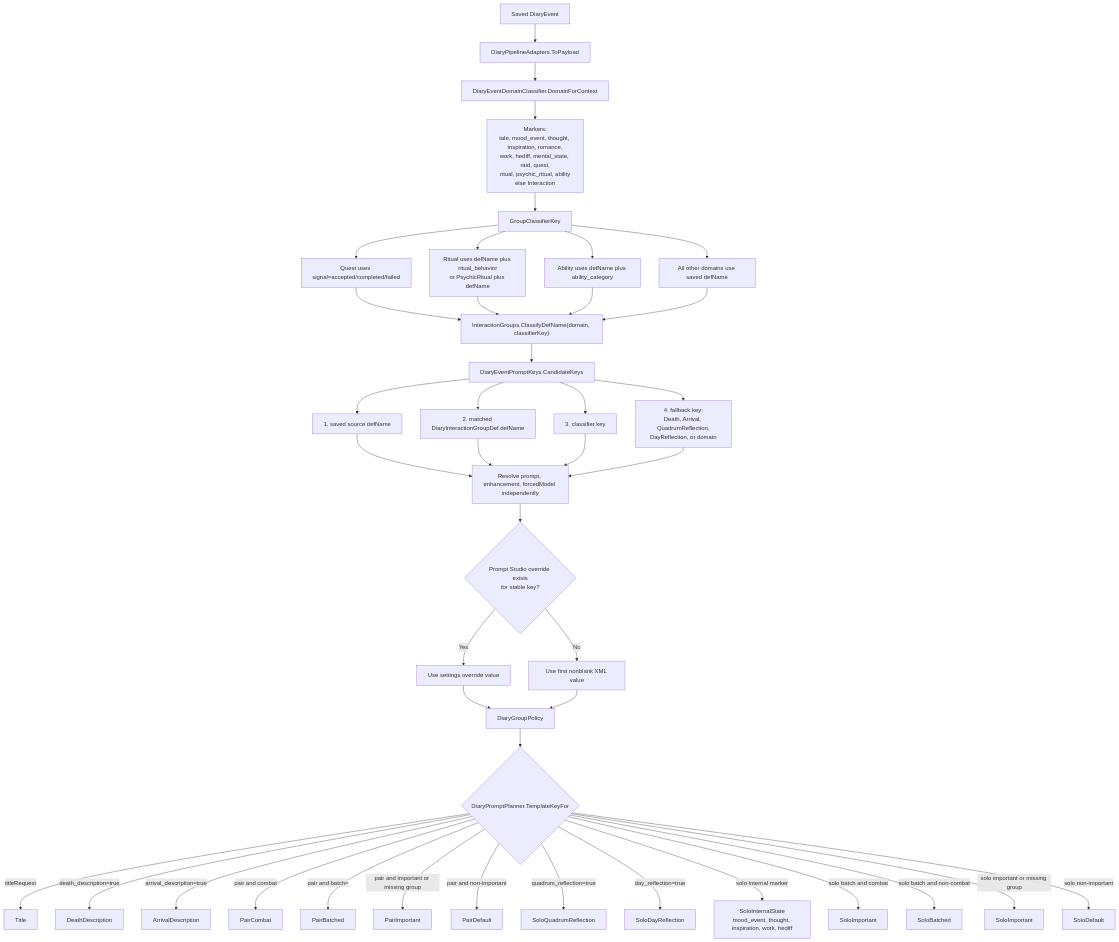
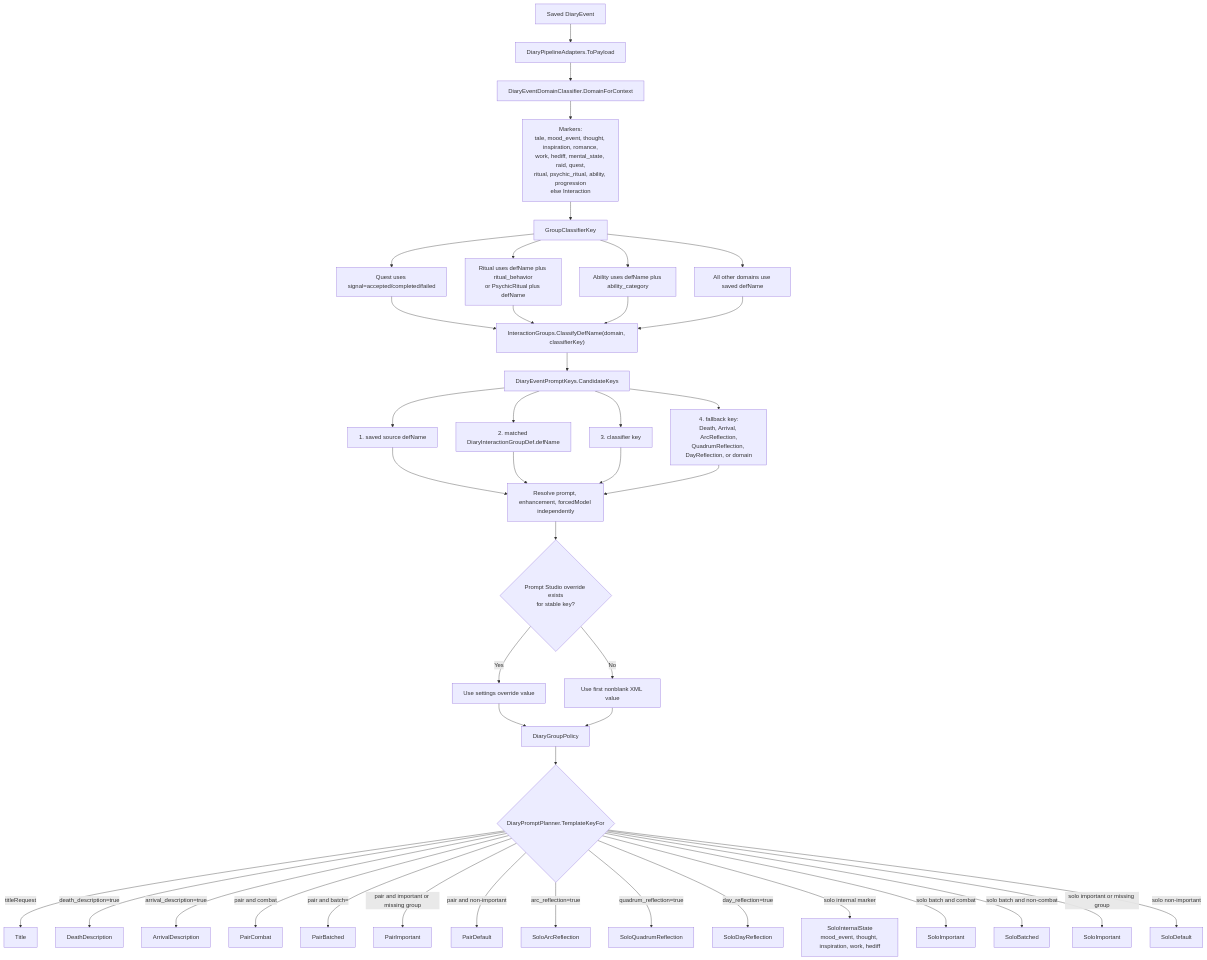
Before and after one commit to aimmlegate/PawnDiary: the second of 6 diagrams in EVENT_PROMPT_MAP.md, drawn with Mermaid. The commit also changed other lines of this file and 43 other files, not shown here.

````diff
--- a/EVENT_PROMPT_MAP.md
+++ b/EVENT_PROMPT_MAP.md
@@ -143,47 +147,48 @@
 ```mermaid
 flowchart TD
     Event["Saved DiaryEvent"] --> Payload["DiaryPipelineAdapters.ToPayload"]
     Payload --> Domain["DiaryEventDomainClassifier.DomainForContext"]
-    Domain --> Markers["Markers:<br/>tale, mood_event, thought, inspiration, romance,<br/>work, hediff, mental_state, raid, quest,<br/>ritual, psychic_ritual, ability<br/>else Interaction"]
+    Domain --> Markers["Markers:<br/>tale, mood_event, thought, inspiration, romance,<br/>work, hediff, mental_state, raid, quest,<br/>ritual, psychic_ritual, ability, progression<br/>else Interaction"]
     Markers --> Classifier["GroupClassifierKey"]
     Classifier --> QuestKey["Quest uses signal=accepted/completed/failed"]
     Classifier --> RitualKey["Ritual uses defName plus ritual_behavior<br/>or PsychicRitual plus defName"]
     Classifier --> AbilityKey["Ability uses defName plus ability_category"]
     Classifier --> DefaultKey["All other domains use saved defName"]
 
     QuestKey --> Group["InteractionGroups.ClassifyDefName(domain, classifierKey)"]
     RitualKey --> Group
     AbilityKey --> Group
     DefaultKey --> Group
     Group --> CandidateKeys["DiaryEventPromptKeys.CandidateKeys"]
     CandidateKeys --> K1["1. saved source defName"]
     CandidateKeys --> K2["2. matched DiaryInteractionGroupDef.defName"]
     CandidateKeys --> K3["3. classifier key"]
-    CandidateKeys --> K4["4. fallback key:<br/>Death, Arrival, QuadrumReflection,<br/>DayReflection, or domain"]
+    CandidateKeys --> K4["4. fallback key:<br/>Death, Arrival, ArcReflection,<br/>QuadrumReflection, DayReflection, or domain"]
 
     K1 --> Resolve["Resolve prompt, enhancement, forcedModel independently"]
     K2 --> Resolve
     K3 --> Resolve
     K4 --> Resolve
     Resolve --> Override{"Prompt Studio override exists<br/>for stable key?"}
     Override -- Yes --> SettingsValue["Use settings override value"]
     Override -- No --> XmlValue["Use first nonblank XML value"]
     SettingsValue --> Policy["DiaryGroupPolicy"]
     XmlValue --> Policy
 
     Policy --> Template{"DiaryPromptPlanner.TemplateKeyFor"}
     Template -- titleRequest --> Title["Title"]
     Template -- death_description=true --> DeathDescription["DeathDescription"]
     Template -- arrival_description=true --> ArrivalDescription["ArrivalDescription"]
     Template -- pair and combat --> PairCombat["PairCombat"]
     Template -- pair and batch= --> PairBatched["PairBatched"]
     Template -- pair and important or missing group --> PairImportant["PairImportant"]
     Template -- pair and non-important --> PairDefault["PairDefault"]
+    Template -- arc_reflection=true --> SoloArcReflection["SoloArcReflection"]
     Template -- quadrum_reflection=true --> SoloQuadrumReflection["SoloQuadrumReflection"]
     Template -- day_reflection=true --> SoloDayReflection["SoloDayReflection"]
     Template -- solo internal marker --> SoloInternalState["SoloInternalState<br/>mood_event, thought, inspiration, work, hediff"]
     Template -- solo batch and combat --> SoloImportantBatch["SoloImportant"]
     Template -- solo batch and non-combat --> SoloBatched["SoloBatched"]
     Template -- solo important or missing group --> SoloImportant["SoloImportant"]
     Template -- solo non-important --> SoloDefault["SoloDefault"]
 ```
````
